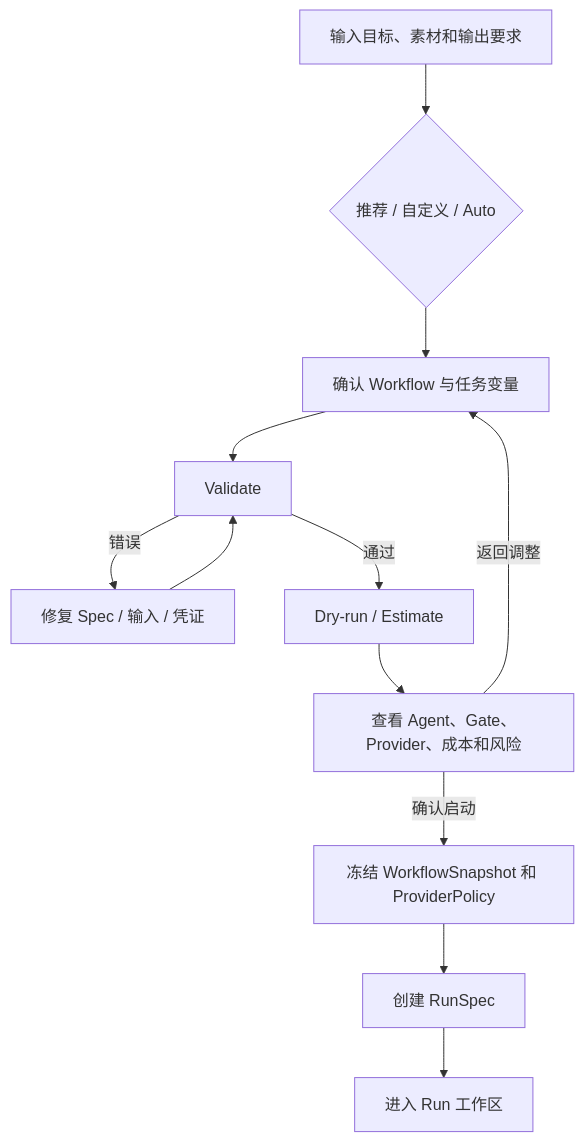
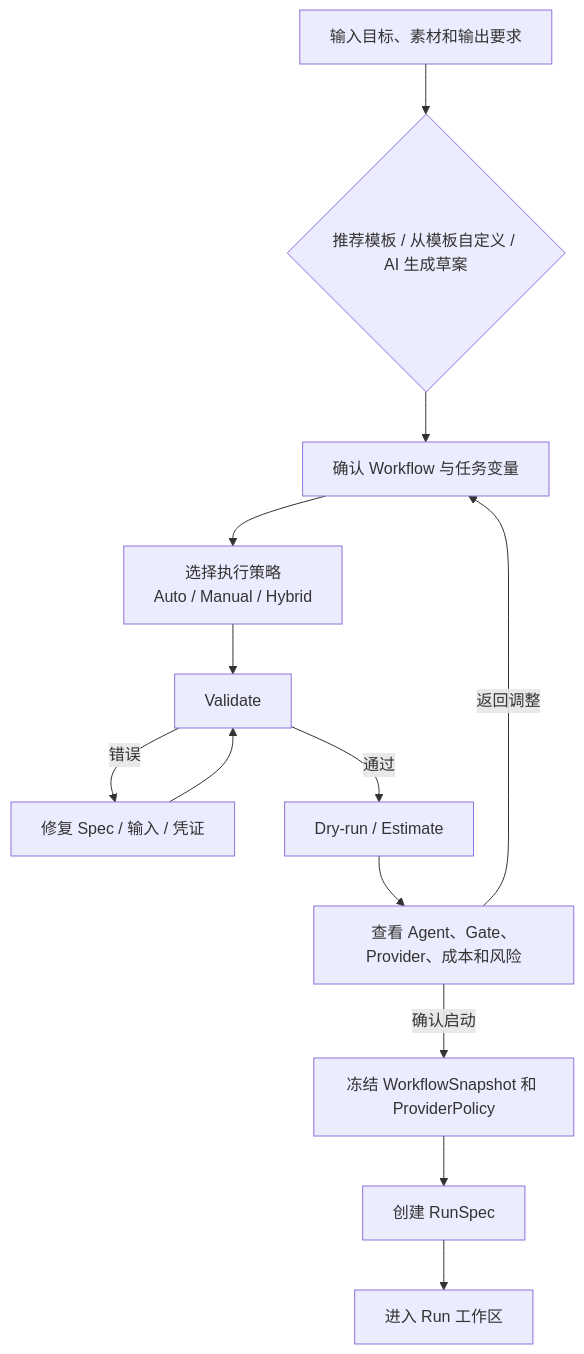
One commit to haozhangyue/miracle-agent changed the second of 6 diagrams in 16_融合_产品信息架构与设计图规划.md. Above: the diagram before and after it, drawn with Mermaid. The commit also changed other lines of this file and 9 other files, not shown here.

````diff
--- a/16_融合_产品信息架构与设计图规划.md
+++ b/16_融合_产品信息架构与设计图规划.md
@@ -413,14 +488,15 @@
 ```mermaid
 flowchart TD
-  Start["输入目标、素材和输出要求"] --> Mode{"推荐 / 自定义 / Auto"}
-  Mode --> Workflow["确认 Workflow 与任务变量"]
-  Workflow --> Validate["Validate"]
+  Start["输入目标、素材和输出要求"] --> Select{"推荐模板 / 从模板自定义 / AI 生成草案"}
+  Select --> Workflow["确认 Workflow 与任务变量"]
+  Workflow --> Strategy["选择执行策略<br/>Auto / Manual / Hybrid"]
+  Strategy --> Validate["Validate"]
   Validate -->|错误| Fix["修复 Spec / 输入 / 凭证"]
   Fix --> Validate
   Validate -->|通过| DryRun["Dry-run / Estimate"]
   DryRun --> Review["查看 Agent、Gate、Provider、成本和风险"]
   Review -->|返回调整| Workflow
   Review -->|确认启动| Freeze["冻结 WorkflowSnapshot 和 ProviderPolicy"]
   Freeze --> Run["创建 RunSpec"]
   Run --> Workspace["进入 Run 工作区"]
 ```
````
